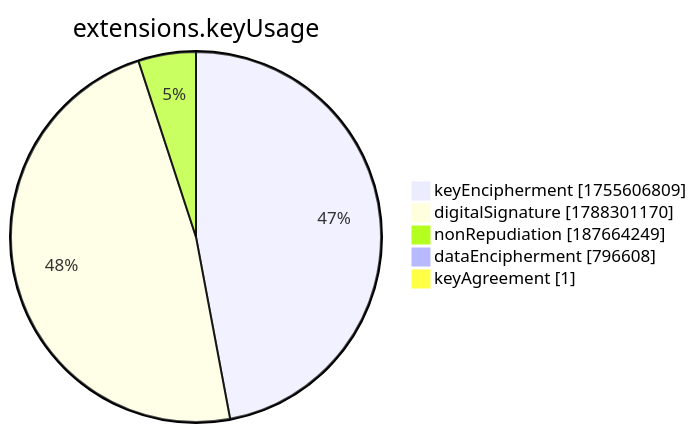
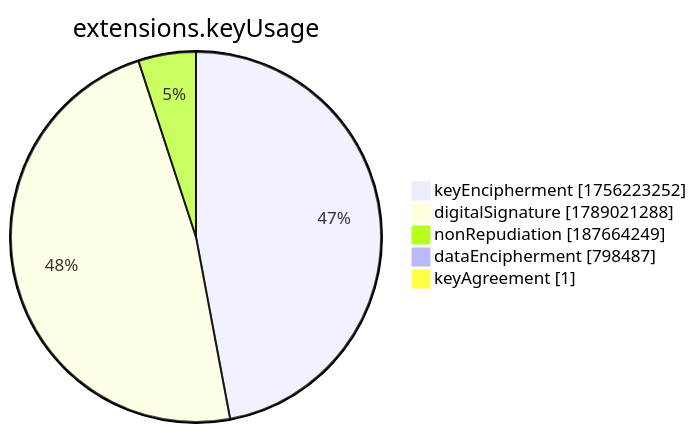
The seventh of 15 diagrams in xenon2022/README.md (christiankrug/ctmonitor_visualization), drawn with Mermaid before and after one commit. The commit also changed other lines of this file, not shown here.

````diff
--- a/xenon2022/README.md
+++ b/xenon2022/README.md
@@ -2859,9 +2859,9 @@
 ```mermaid
 pie showData
 title extensions.keyUsage
-"keyEncipherment" :1755606809
-"digitalSignature" :1788301170
+"keyEncipherment" :1756223252
+"digitalSignature" :1789021288
 "nonRepudiation" :187664249
-"dataEncipherment" :796608
+"dataEncipherment" :798487
 "keyAgreement" :1
 ```
````
